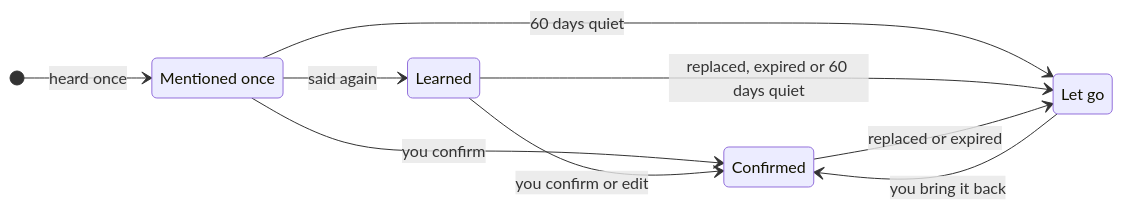
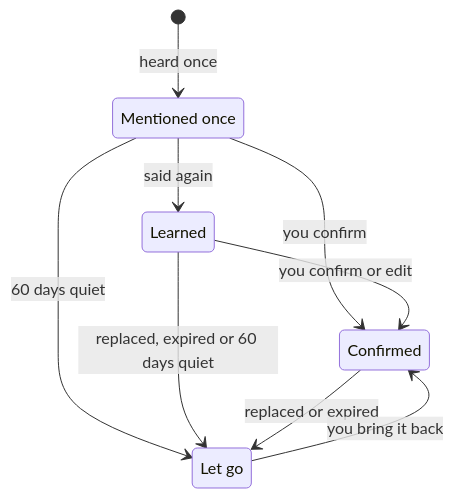
One commit to n8n-io/nod changed the diagram in docs/src/content/docs/use/memory.md. Above: the diagram before and after it, drawn with Mermaid. The commit also changed 54 other files, not shown here.

````diff
--- a/docs/src/content/docs/use/memory.md
+++ b/docs/src/content/docs/use/memory.md
@@ -37,14 +37,13 @@
 ```mermaid
 stateDiagram-v2
-  direction LR
   state "Mentioned once" as once
   state "Let go" as gone
   [*] --> once: heard once
   once --> Learned: said again
   once --> Confirmed: you confirm
   Learned --> Confirmed: you confirm or edit
   once --> gone: 60 days quiet
   Learned --> gone: replaced, expired or 60 days quiet
   Confirmed --> gone: replaced or expired
   gone --> Confirmed: you bring it back
 ```
````
